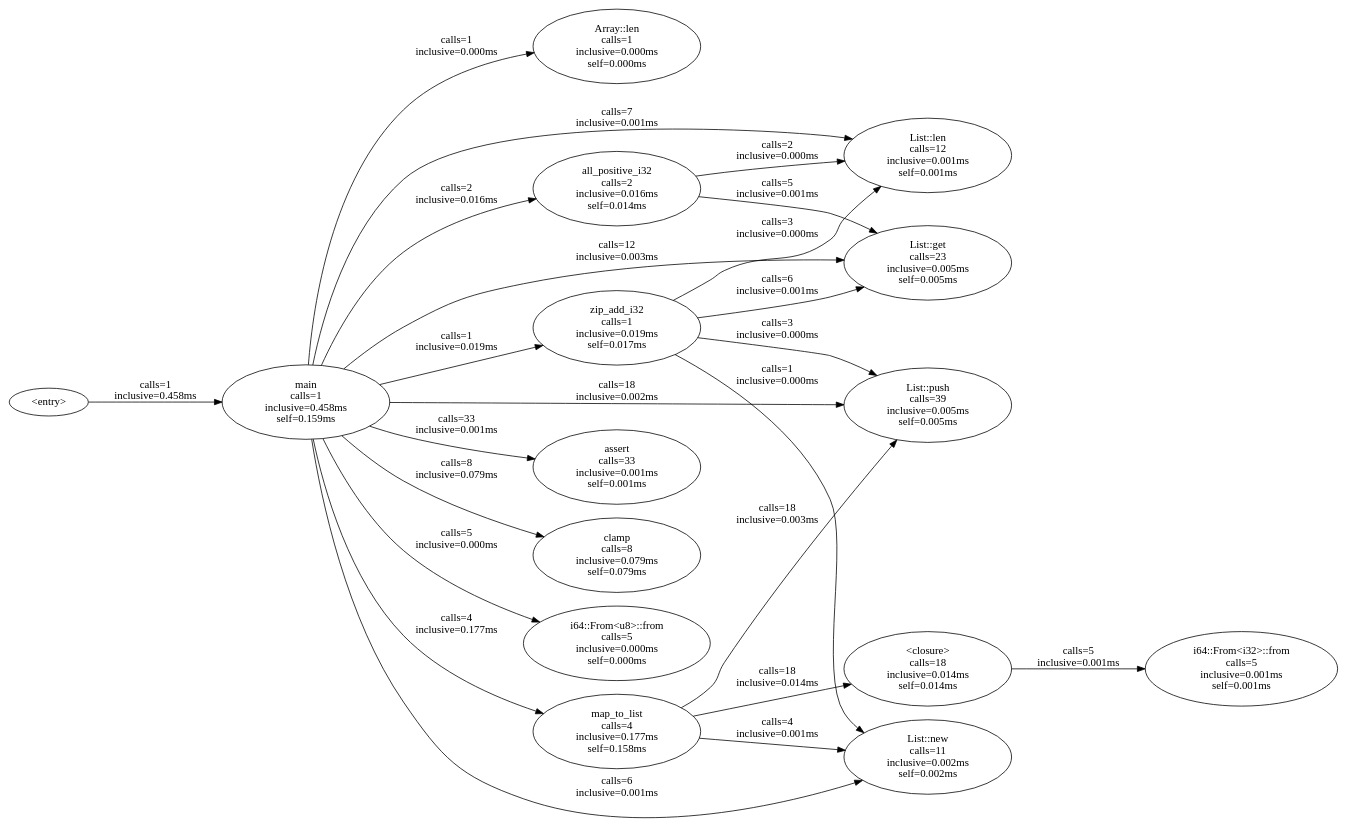
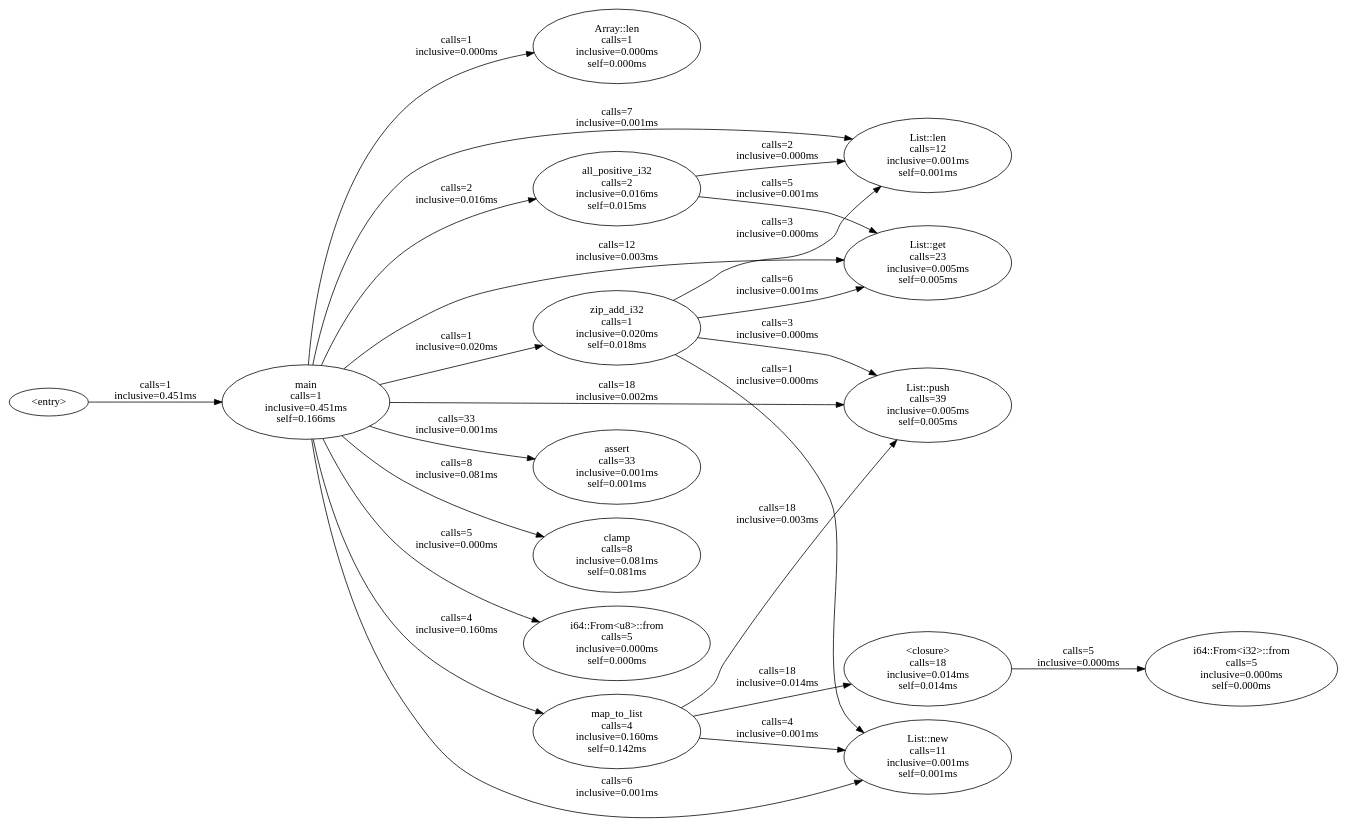
The diagram in metel-interpreter/docs/benchmarks/v0.8.2-evaluator-integration/int_11_generic_sized.mtl.callgraph.dot (gust-lang/gust), drawn with Graphviz before and after one commit. The commit also changed 30 other files, not shown here.

```diff
--- a/metel-interpreter/docs/benchmarks/v0.8.2-evaluator-integration/int_11_generic_sized.mtl.callgraph.dot
+++ b/metel-interpreter/docs/benchmarks/v0.8.2-evaluator-integration/int_11_generic_sized.mtl.callgraph.dot
@@ -1,39 +1,39 @@
 digraph metel_callgraph {
   rankdir=LR;
   "<closure>" [label="<closure>\ncalls=18\ninclusive=0.014ms\nself=0.014ms"];
   "Array::len" [label="Array::len\ncalls=1\ninclusive=0.000ms\nself=0.000ms"];
   "List::get" [label="List::get\ncalls=23\ninclusive=0.005ms\nself=0.005ms"];
   "List::len" [label="List::len\ncalls=12\ninclusive=0.001ms\nself=0.001ms"];
-  "List::new" [label="List::new\ncalls=11\ninclusive=0.002ms\nself=0.002ms"];
+  "List::new" [label="List::new\ncalls=11\ninclusive=0.001ms\nself=0.001ms"];
   "List::push" [label="List::push\ncalls=39\ninclusive=0.005ms\nself=0.005ms"];
-  "all_positive_i32" [label="all_positive_i32\ncalls=2\ninclusive=0.016ms\nself=0.014ms"];
+  "all_positive_i32" [label="all_positive_i32\ncalls=2\ninclusive=0.016ms\nself=0.015ms"];
   "assert" [label="assert\ncalls=33\ninclusive=0.001ms\nself=0.001ms"];
-  "clamp" [label="clamp\ncalls=8\ninclusive=0.079ms\nself=0.079ms"];
-  "i64::From<i32>::from" [label="i64::From<i32>::from\ncalls=5\ninclusive=0.001ms\nself=0.001ms"];
+  "clamp" [label="clamp\ncalls=8\ninclusive=0.081ms\nself=0.081ms"];
+  "i64::From<i32>::from" [label="i64::From<i32>::from\ncalls=5\ninclusive=0.000ms\nself=0.000ms"];
   "i64::From<u8>::from" [label="i64::From<u8>::from\ncalls=5\ninclusive=0.000ms\nself=0.000ms"];
-  "main" [label="main\ncalls=1\ninclusive=0.458ms\nself=0.159ms"];
-  "map_to_list" [label="map_to_list\ncalls=4\ninclusive=0.177ms\nself=0.158ms"];
-  "zip_add_i32" [label="zip_add_i32\ncalls=1\ninclusive=0.019ms\nself=0.017ms"];
-  "<entry>" -> "main" [label="calls=1\ninclusive=0.458ms"];
-  "<closure>" -> "i64::From<i32>::from" [label="calls=5\ninclusive=0.001ms"];
+  "main" [label="main\ncalls=1\ninclusive=0.451ms\nself=0.166ms"];
+  "map_to_list" [label="map_to_list\ncalls=4\ninclusive=0.160ms\nself=0.142ms"];
+  "zip_add_i32" [label="zip_add_i32\ncalls=1\ninclusive=0.020ms\nself=0.018ms"];
+  "<entry>" -> "main" [label="calls=1\ninclusive=0.451ms"];
+  "<closure>" -> "i64::From<i32>::from" [label="calls=5\ninclusive=0.000ms"];
   "all_positive_i32" -> "List::get" [label="calls=5\ninclusive=0.001ms"];
   "all_positive_i32" -> "List::len" [label="calls=2\ninclusive=0.000ms"];
   "main" -> "Array::len" [label="calls=1\ninclusive=0.000ms"];
   "main" -> "List::get" [label="calls=12\ninclusive=0.003ms"];
   "main" -> "List::len" [label="calls=7\ninclusive=0.001ms"];
   "main" -> "List::new" [label="calls=6\ninclusive=0.001ms"];
   "main" -> "List::push" [label="calls=18\ninclusive=0.002ms"];
   "main" -> "all_positive_i32" [label="calls=2\ninclusive=0.016ms"];
   "main" -> "assert" [label="calls=33\ninclusive=0.001ms"];
-  "main" -> "clamp" [label="calls=8\ninclusive=0.079ms"];
+  "main" -> "clamp" [label="calls=8\ninclusive=0.081ms"];
   "main" -> "i64::From<u8>::from" [label="calls=5\ninclusive=0.000ms"];
-  "main" -> "map_to_list" [label="calls=4\ninclusive=0.177ms"];
-  "main" -> "zip_add_i32" [label="calls=1\ninclusive=0.019ms"];
+  "main" -> "map_to_list" [label="calls=4\ninclusive=0.160ms"];
+  "main" -> "zip_add_i32" [label="calls=1\ninclusive=0.020ms"];
   "map_to_list" -> "<closure>" [label="calls=18\ninclusive=0.014ms"];
   "map_to_list" -> "List::new" [label="calls=4\ninclusive=0.001ms"];
   "map_to_list" -> "List::push" [label="calls=18\ninclusive=0.003ms"];
   "zip_add_i32" -> "List::get" [label="calls=6\ninclusive=0.001ms"];
   "zip_add_i32" -> "List::len" [label="calls=3\ninclusive=0.000ms"];
   "zip_add_i32" -> "List::new" [label="calls=1\ninclusive=0.000ms"];
   "zip_add_i32" -> "List::push" [label="calls=3\ninclusive=0.000ms"];
 }
```
